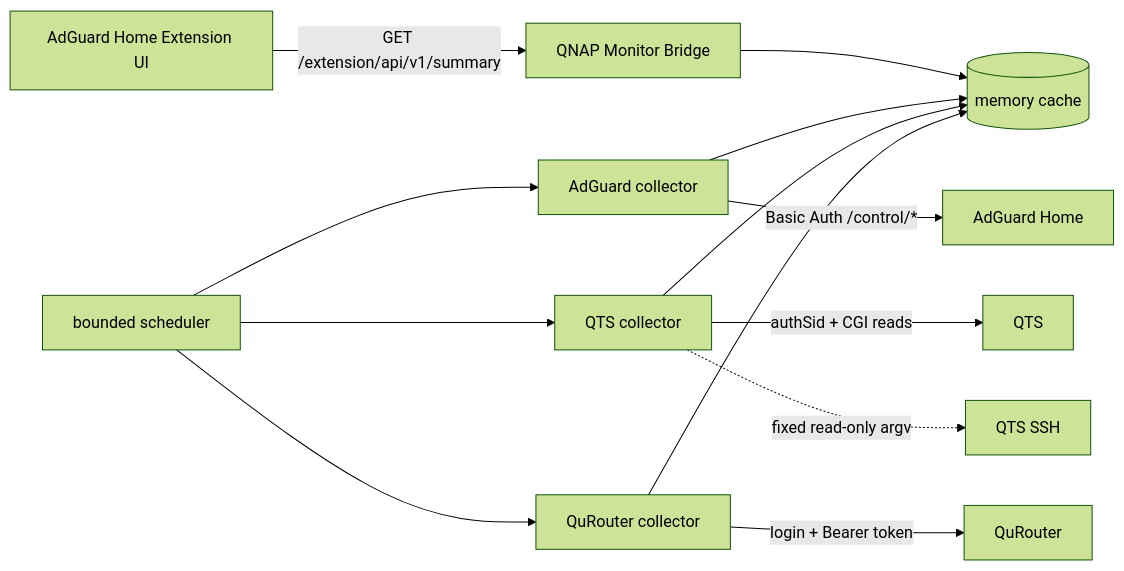
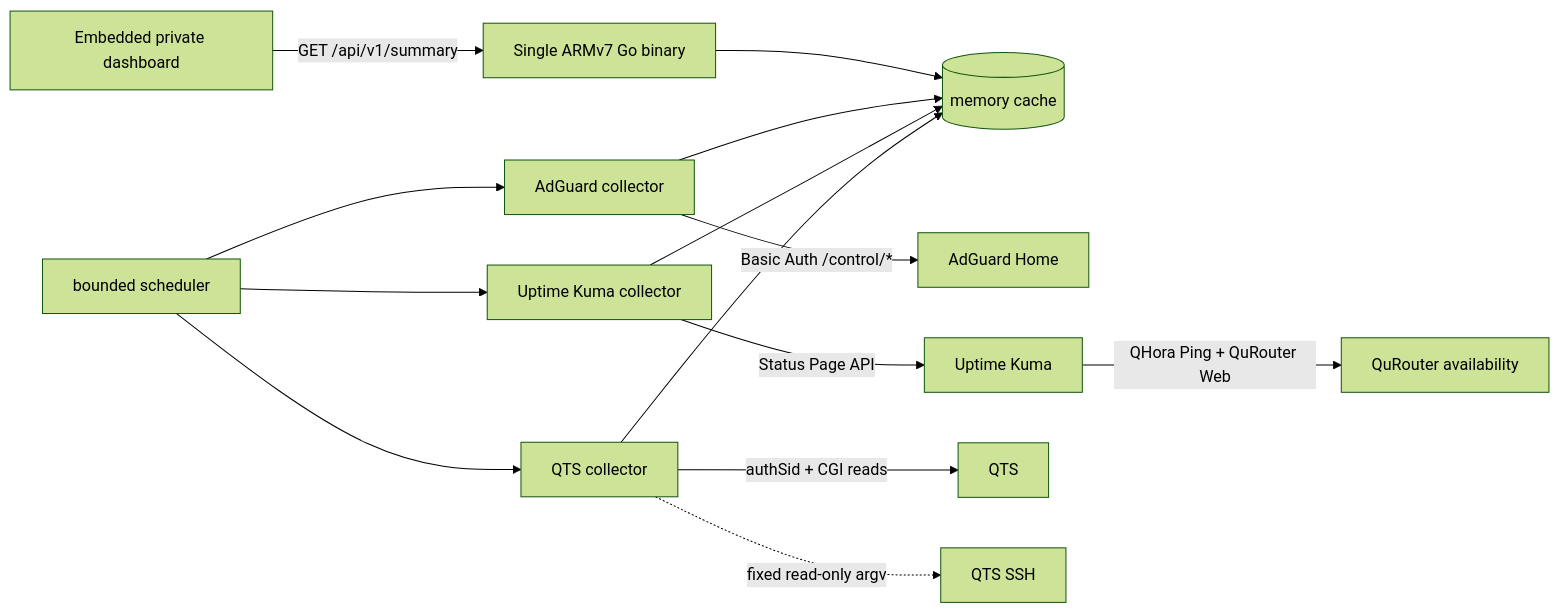
One commit to popuchoco/AdGuard-Home-QNAP-Extension changed the diagram in README.md. Above: the diagram before and after it, drawn with Mermaid (forest theme). The commit also changed other lines of this file and 5 other files, not shown here.

Commit message:
docs: restore original ARMv7 dashboard design

````diff
--- a/README.md
+++ b/README.md
@@ -35,15 +54,16 @@
 ```mermaid
 flowchart LR
-    UI[AdGuard Home Extension UI] -->|GET /extension/api/v1/summary| B[QNAP Monitor Bridge]
+    UI[Embedded private dashboard] -->|GET /api/v1/summary| B[Single ARMv7 Go binary]
     B --> C[(memory cache)]
     S[bounded scheduler] --> A[AdGuard collector]
+    S --> U[Uptime Kuma collector]
     S --> Q[QTS collector]
-    S --> R[QuRouter collector]
     A -->|Basic Auth /control/*| AGH[AdGuard Home]
+    U -->|Status Page API| UK[Uptime Kuma]
     Q -->|authSid + CGI reads| NAS[QTS]
     Q -. fixed read-only argv .-> SSH[QTS SSH]
-    R -->|login + Bearer token| QR[QuRouter]
     A --> C
+    U --> C
     Q --> C
-    R --> C
+    UK -->|QHora Ping + QuRouter Web| QR[QuRouter availability]
 ```
````
